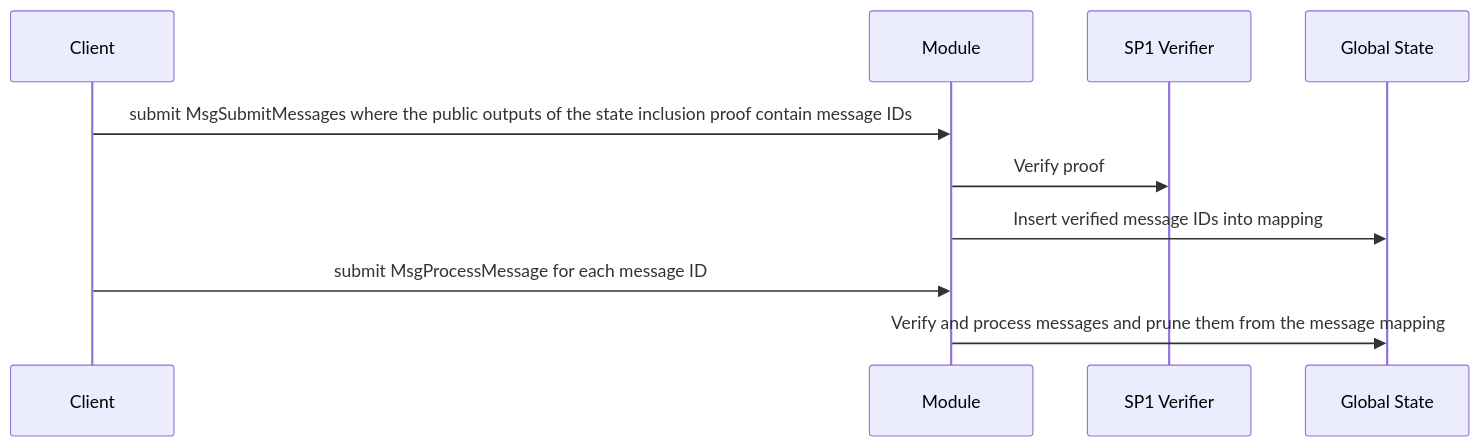
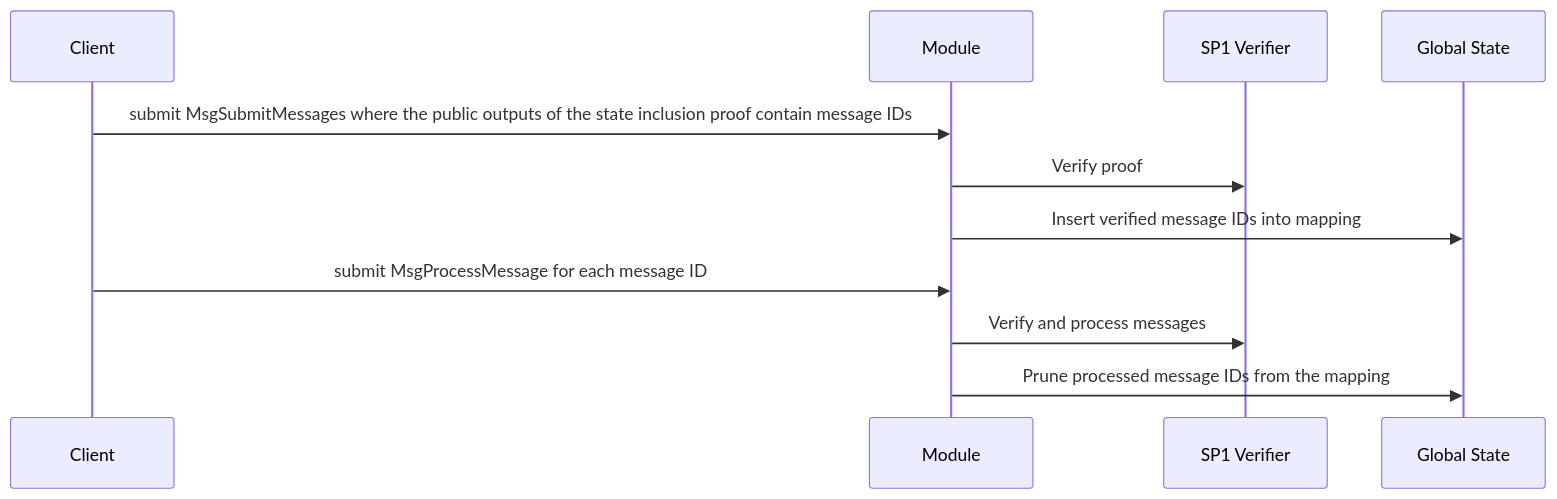
Before and after one commit to celestiaorg/ethereum-zk-consensus-client: the second of 2 diagrams in README.md, drawn with Mermaid.

````diff
--- a/README.md
+++ b/README.md
@@ -162,8 +162,9 @@
 ```mermaid
     sequenceDiagram;
         Client->>Module: submit MsgSubmitMessages where the public outputs of the state inclusion proof contain message IDs;
         Module->>SP1 Verifier: Verify proof;
         Module->>Global State: Insert verified message IDs into mapping;
         Client->>Module: submit MsgProcessMessage for each message ID;
-        Module->>Global State: Verify and process messages and prune them from the message mapping;
+        Module->>SP1 Verifier: Verify and process messages;
+        Module->>Global State: Prune processed message IDs from the mapping;
 ```
````
